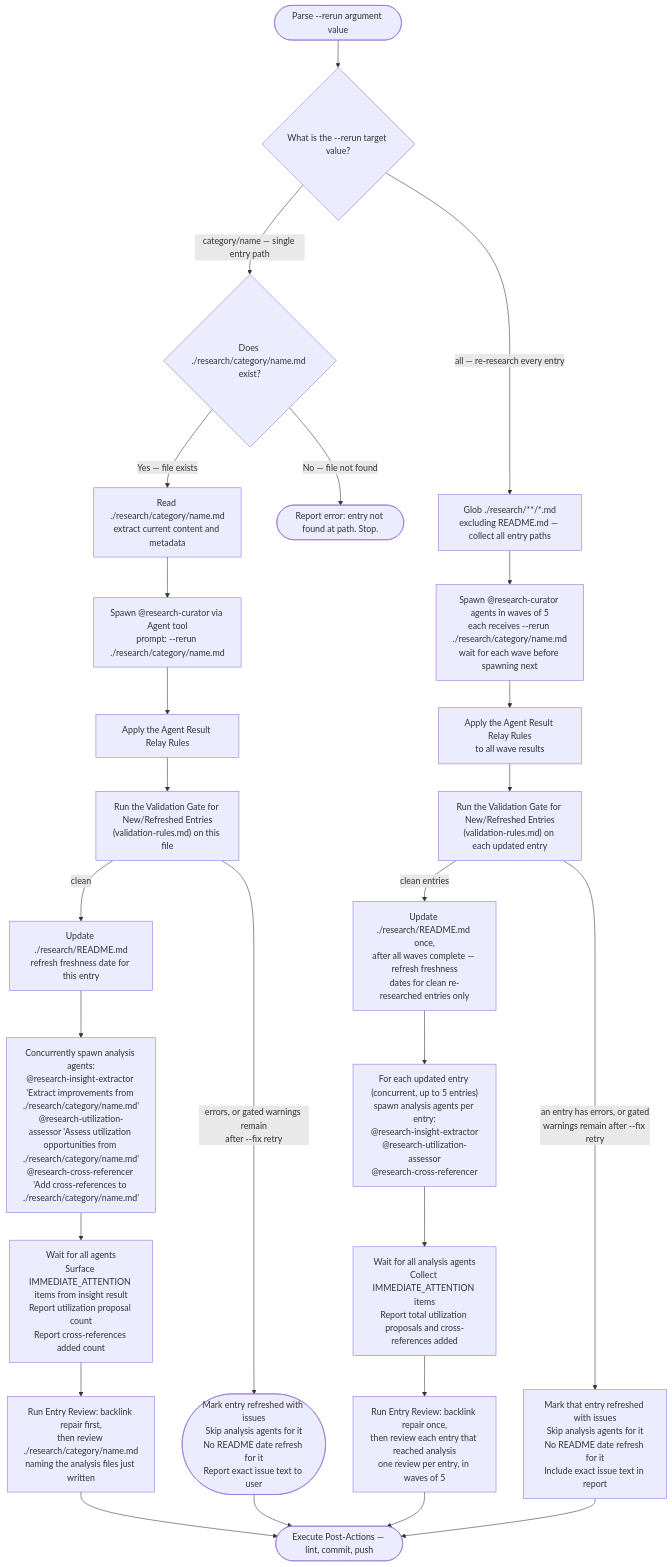
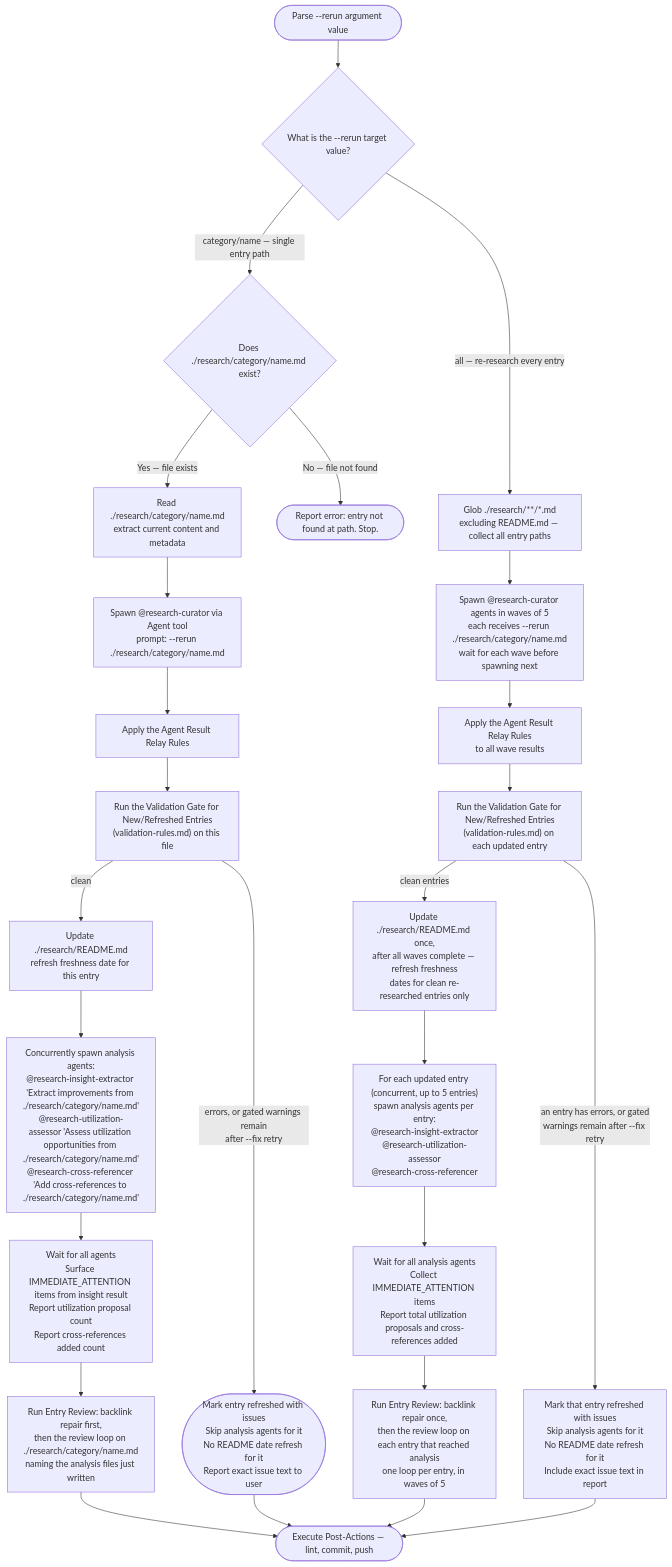
Before and after one commit to Jamie-BitFlight/claude_skills: the second of 4 diagrams in .claude/skills/research-curator/SKILL.md, drawn with Mermaid. The commit also changed other lines of this file and 3 other files, not shown here.

First line of the commit message:
feat(research-curator): run Entry Review as a sonnet review and haiku fix checklist loop

````diff
--- a/.claude/skills/research-curator/SKILL.md
+++ b/.claude/skills/research-curator/SKILL.md
@@ -174,28 +174,28 @@
 ```mermaid
 flowchart TD
     Start(["Parse --rerun argument value"]) --> Q{"What is the --rerun target value?"}
     Q -->|"category/name — single entry path"| VerifyFile{"Does ./research/category/name.md exist?"}
     Q -->|"all — re-research every entry"| FindAll["Glob ./research/**/*.md<br>excluding README.md — collect all entry paths"]
     VerifyFile -->|"No — file not found"| Missing(["Report error: entry not found at path. Stop."])
     VerifyFile -->|"Yes — file exists"| ReadFile["Read ./research/category/name.md<br>extract current content and metadata"]
     ReadFile --> Spawn1["Spawn @research-curator via Agent tool<br>prompt: --rerun ./research/category/name.md"]
     Spawn1 --> RelayCheck1["Apply the Agent Result Relay Rules"]
     RelayCheck1 --> Validate1["Run the Validation Gate for New/Refreshed Entries<br>(validation-rules.md) on this file"]
     Validate1 -->|"errors, or gated warnings remain<br>after --fix retry"| Issues1(["Mark entry refreshed with issues<br>Skip analysis agents for it<br>No README date refresh for it<br>Report exact issue text to user"])
     Validate1 -->|"clean"| UpdateDate["Update ./research/README.md<br>refresh freshness date for this entry"]
     FindAll --> WaveSpawn["Spawn @research-curator agents in waves of 5<br>each receives --rerun ./research/category/name.md<br>wait for each wave before spawning next"]
     WaveSpawn --> RelayCheck2["Apply the Agent Result Relay Rules<br>to all wave results"]
     RelayCheck2 --> ValidateN["Run the Validation Gate for New/Refreshed Entries<br>(validation-rules.md) on each updated entry"]
     ValidateN -->|"an entry has errors, or gated<br>warnings remain after --fix retry"| IssuesN["Mark that entry refreshed with issues<br>Skip analysis agents for it<br>No README date refresh for it<br>Include exact issue text in report"]
     ValidateN -->|"clean entries"| UpdateDates["Update ./research/README.md once,<br>after all waves complete — refresh freshness<br>dates for clean re-researched entries only"]
     UpdateDate --> SpawnAnalysis1["Concurrently spawn analysis agents:<br>@research-insight-extractor 'Extract improvements from ./research/category/name.md'<br>@research-utilization-assessor 'Assess utilization opportunities from ./research/category/name.md'<br>@research-cross-referencer 'Add cross-references to ./research/category/name.md'"]
     SpawnAnalysis1 --> WaitAnalysis1["Wait for all agents<br>Surface IMMEDIATE_ATTENTION items from insight result<br>Report utilization proposal count<br>Report cross-references added count"]
-    WaitAnalysis1 --> Review1["Run Entry Review: backlink repair first,<br>then review ./research/category/name.md<br>naming the analysis files just written"]
+    WaitAnalysis1 --> Review1["Run Entry Review: backlink repair first,<br>then the review loop on ./research/category/name.md<br>naming the analysis files just written"]
     Review1 --> PostActions(["Execute Post-Actions — lint, commit, push"])
     Issues1 --> PostActions
     UpdateDates --> SpawnAnalysisN["For each updated entry (concurrent, up to 5 entries)<br>spawn analysis agents per entry:<br>@research-insight-extractor<br>@research-utilization-assessor<br>@research-cross-referencer"]
     SpawnAnalysisN --> WaitAnalysisN["Wait for all analysis agents<br>Collect IMMEDIATE_ATTENTION items<br>Report total utilization proposals and cross-references added"]
-    WaitAnalysisN --> ReviewN["Run Entry Review: backlink repair once,<br>then review each entry that reached analysis<br>one review per entry, in waves of 5"]
+    WaitAnalysisN --> ReviewN["Run Entry Review: backlink repair once,<br>then the review loop on each entry that reached analysis<br>one loop per entry, in waves of 5"]
     ReviewN --> PostActions
     IssuesN --> PostActions
 ```
````
